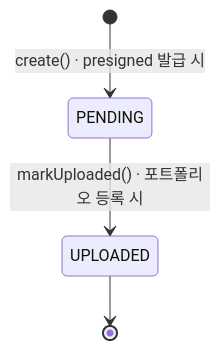
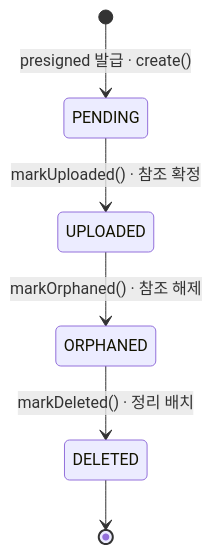
One commit to hirecore/hirecore-member-server changed the first of 4 diagrams in docs/diagram/file/image-lifecycle.md. Above: the diagram before and after it, drawn with Mermaid. The commit also changed other lines of this file and 1 other file, not shown here.

````diff
--- a/docs/diagram/file/image-lifecycle.md
+++ b/docs/diagram/file/image-lifecycle.md
@@ -5,6 +10,8 @@
 ```mermaid
 stateDiagram-v2
-    [*] --> PENDING: create() · presigned 발급 시
-    PENDING --> UPLOADED: markUploaded() · 포트폴리오 등록 시
-    UPLOADED --> [*]
+    [*] --> PENDING: presigned 발급 · create()
+    PENDING --> UPLOADED: markUploaded() · 참조 확정
+    UPLOADED --> ORPHANED: markOrphaned() · 참조 해제
+    ORPHANED --> DELETED: markDeleted() · 정리 배치
+    DELETED --> [*]
 ```
````
